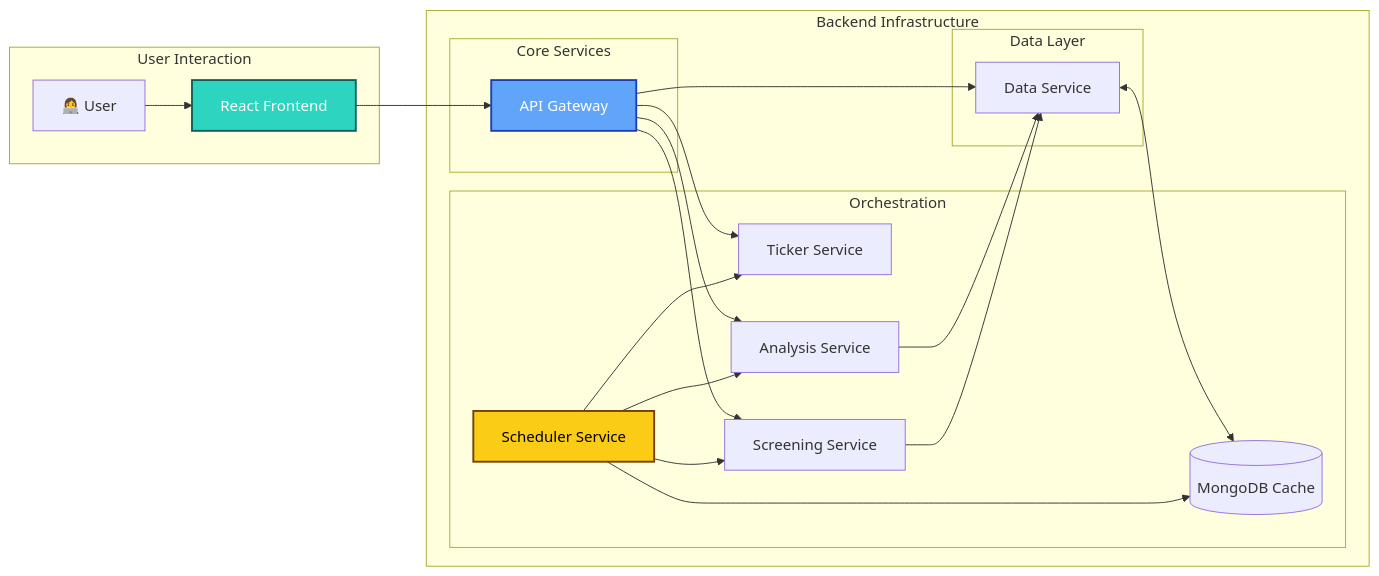
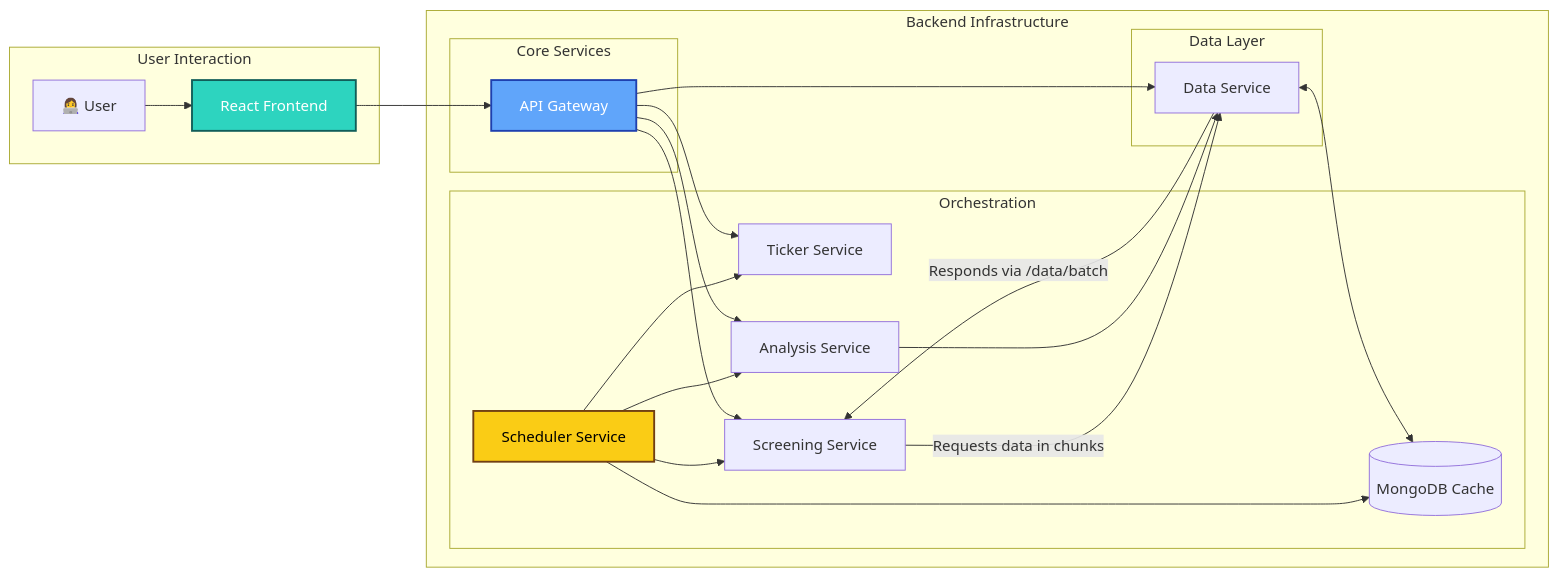
The diagram in README.md (lam200213/Catalyst-Engine), drawn with Mermaid before and after one commit. The commit also changed other lines of this file and 4 other files, not shown here.

````diff
--- a/README.md
+++ b/README.md
@@ -28,34 +20,35 @@
 ```mermaid
 graph LR
     subgraph User Interaction
         User[👩‍💻 User] --> FrontendApp[React Frontend];
     end
 
     subgraph Backend Infrastructure
         FrontendApp --> APIGateway[API Gateway];
         
         subgraph Orchestration
            Scheduler[Scheduler Service] --> TickerService;
            Scheduler --> ScreeningService;
            Scheduler --> AnalysisService;
            Scheduler --> MongoDB;
         end
 
         subgraph Core Services
             APIGateway --> TickerService[Ticker Service];
             APIGateway --> ScreeningService[Screening Service];
             APIGateway --> AnalysisService[Analysis Service];
         end
 
         subgraph Data Layer
             APIGateway --> DataService[Data Service];
-            ScreeningService --> DataService;
+            ScreeningService -- "Requests data in chunks" --> DataService;
+            DataService -- "Responds via /data/batch" --> ScreeningService;
             AnalysisService --> DataService;
             DataService <--> MongoDB[(MongoDB Cache)];
         end
     end
 
     style FrontendApp fill:#2dd4bf,stroke:#115e59,stroke-width:2px,color:#fff
     style APIGateway fill:#60a5fa,stroke:#1e40af,stroke-width:2px,color:#fff
     style Scheduler fill:#facc15,stroke:#713f12,stroke-width:2px,color:#000
 ```
````
